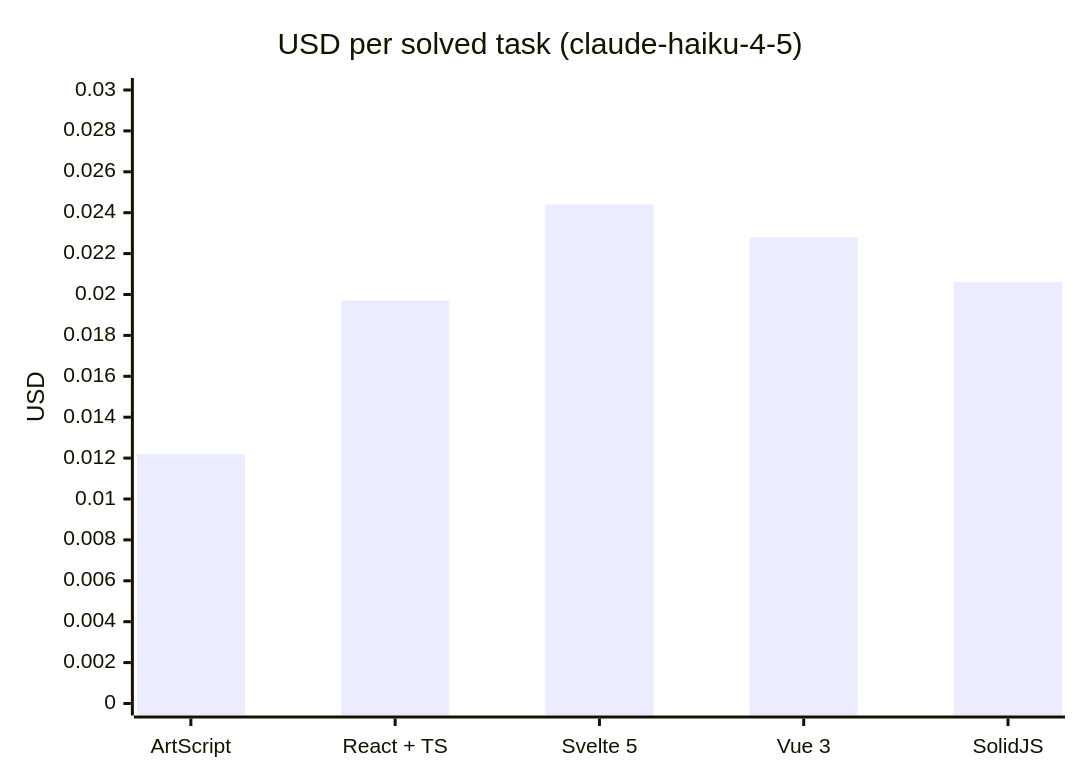
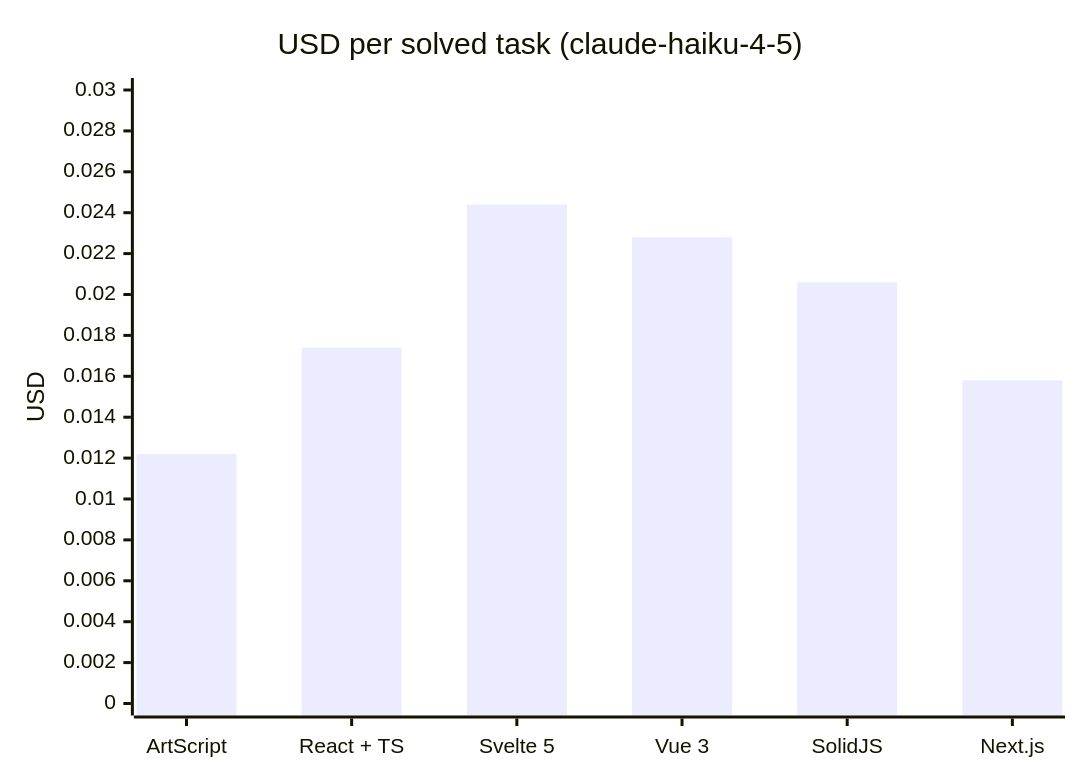
The first of 3 diagrams in README.md (leb90/ArtScript), drawn with Mermaid before and after one commit. The commit also changed other lines of this file and 18 other files, not shown here.

````diff
--- a/README.md
+++ b/README.md
@@ -237,7 +238,7 @@
 ```mermaid
 xychart-beta
     title "USD per solved task (claude-haiku-4-5)"
-    x-axis ["ArtScript", "React + TS", "Svelte 5", "Vue 3", "SolidJS"]
+    x-axis ["ArtScript", "React + TS", "Svelte 5", "Vue 3", "SolidJS", "Next.js"]
     y-axis "USD" 0 --> 0.030
-    bar [0.0122, 0.0197, 0.0244, 0.0228, 0.0206]
+    bar [0.0122, 0.0174, 0.0244, 0.0228, 0.0206, 0.0158]
 ```
````
